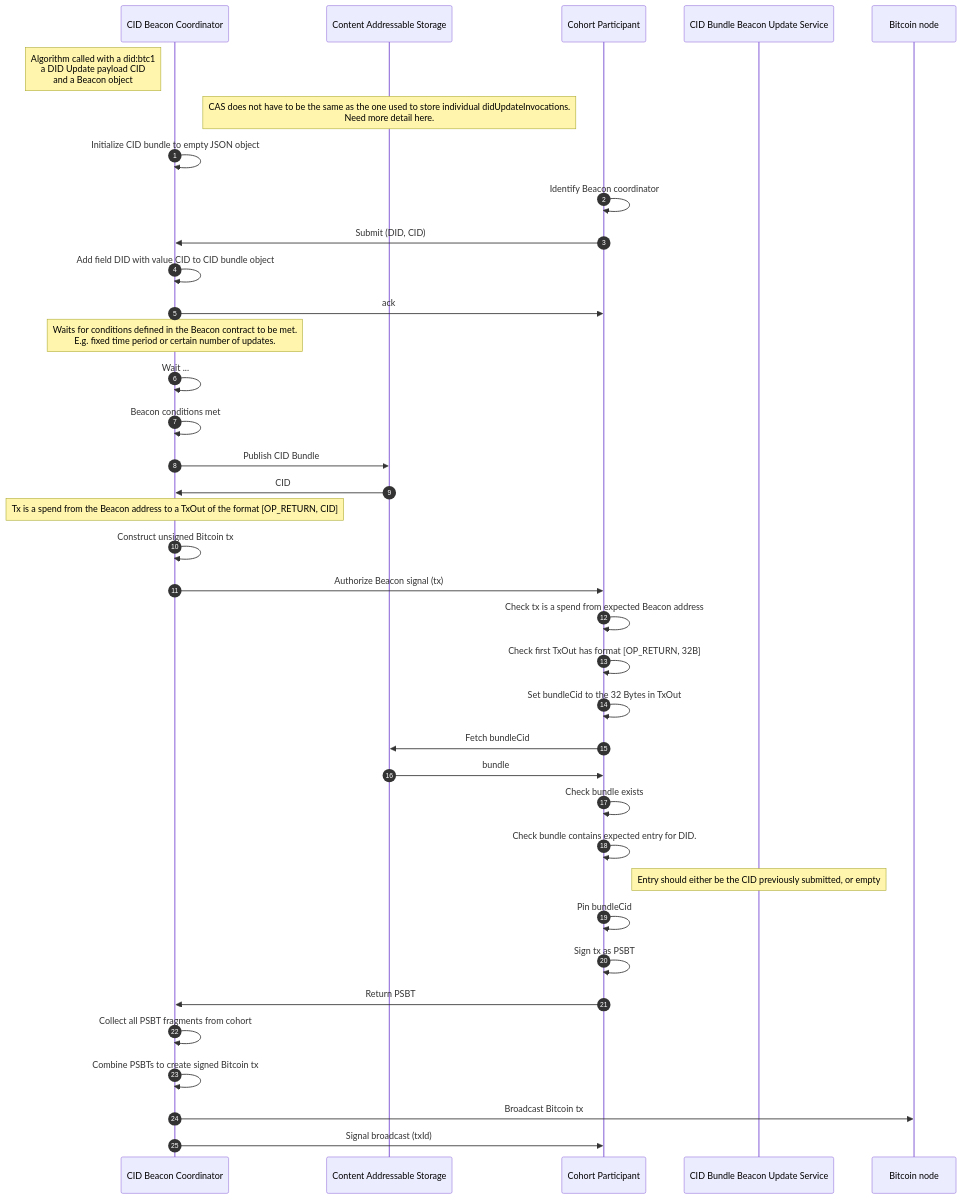
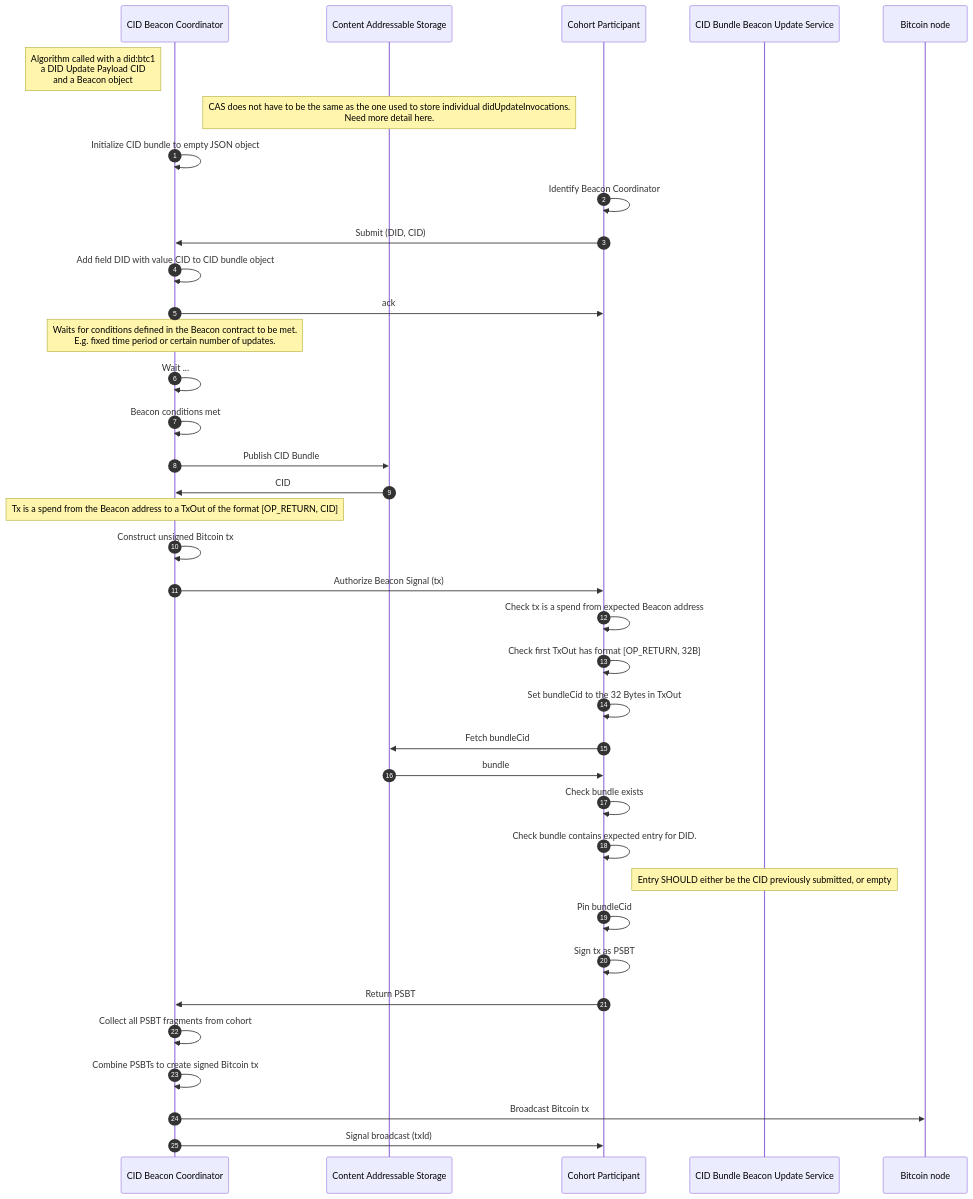
Before and after one commit to dcdpr/did-btc1: the second of 4 diagrams in README.md, drawn with Mermaid. The commit also changed other lines of this file and 25 other files, not shown here.

````diff
--- a/README.md
+++ b/README.md
@@ -726,34 +1343,34 @@
 ```mermaid
 sequenceDiagram
               autonumber
-    Note left of CID Beacon Coordinator: Algorithm called with a did:btc1<br/> a DID Update payload CID<br/> and a Beacon object
+    Note left of CID Beacon Coordinator: Algorithm called with a did:btc1<br/> a DID Update Payload CID<br/> and a Beacon object
     Note over Content Addressable Storage: CAS does not have to be the same as the one used to store individual didUpdateInvocations.<br/> Need more detail here.
     CID Beacon Coordinator->>CID Beacon Coordinator:Initialize CID bundle to empty JSON object
-    Cohort Participant->>Cohort Participant:Identify Beacon coordinator
+    Cohort Participant->>Cohort Participant:Identify Beacon Coordinator
     Cohort Participant->>CID Beacon Coordinator:Submit (DID, CID)
     CID Beacon Coordinator->>CID Beacon Coordinator:Add field DID with value CID to CID bundle object
     CID Beacon Coordinator->>Cohort Participant:ack
     Note over CID Beacon Coordinator: Waits for conditions defined in the Beacon contract to be met.<br/> E.g. fixed time period or certain number of updates.
     CID Beacon Coordinator->>CID Beacon Coordinator:Wait ...
     CID Beacon Coordinator->>CID Beacon Coordinator:Beacon conditions met
     CID Beacon Coordinator->>Content Addressable Storage:Publish CID Bundle
     Content Addressable Storage->>CID Beacon Coordinator:CID
     Note over CID Beacon Coordinator: Tx is a spend from the Beacon address to a TxOut of the format [OP_RETURN, CID]
     CID Beacon Coordinator->>CID Beacon Coordinator:Construct unsigned Bitcoin tx
-    CID Beacon Coordinator->>Cohort Participant:Authorize Beacon signal (tx)
+    CID Beacon Coordinator->>Cohort Participant:Authorize Beacon Signal (tx)
     Cohort Participant->>Cohort Participant:Check tx is a spend from expected Beacon address
     Cohort Participant->>Cohort Participant:Check first TxOut has format [OP_RETURN, 32B]
     Cohort Participant->>Cohort Participant:Set bundleCid to the 32 Bytes in TxOut
     Cohort Participant->>Content Addressable Storage:Fetch bundleCid
     Content Addressable Storage->>Cohort Participant:bundle
     Cohort Participant->>Cohort Participant:Check bundle exists
     Cohort Participant->>Cohort Participant:Check bundle contains expected entry for DID.
-    Note over CID Bundle Beacon Update Service: Entry should either be the CID previously submitted, or empty
+    Note over CID Bundle Beacon Update Service: Entry SHOULD either be the CID previously submitted, or empty
     Cohort Participant->>Cohort Participant:Pin bundleCid
     Cohort Participant->>Cohort Participant:Sign tx as PSBT
     Cohort Participant->>CID Beacon Coordinator:Return PSBT
     CID Beacon Coordinator->>CID Beacon Coordinator:Collect all PSBT fragments from cohort
     CID Beacon Coordinator->>CID Beacon Coordinator:Combine PSBTs to create signed Bitcoin tx
     CID Beacon Coordinator->>Bitcoin node:Broadcast Bitcoin tx
     CID Beacon Coordinator->>Cohort Participant:Signal broadcast (txId)
 ```
````
